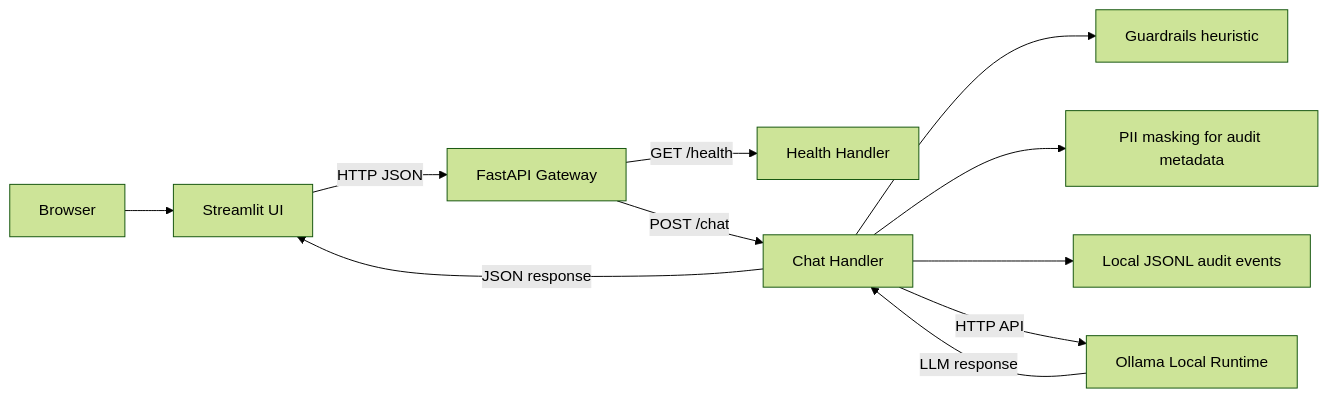
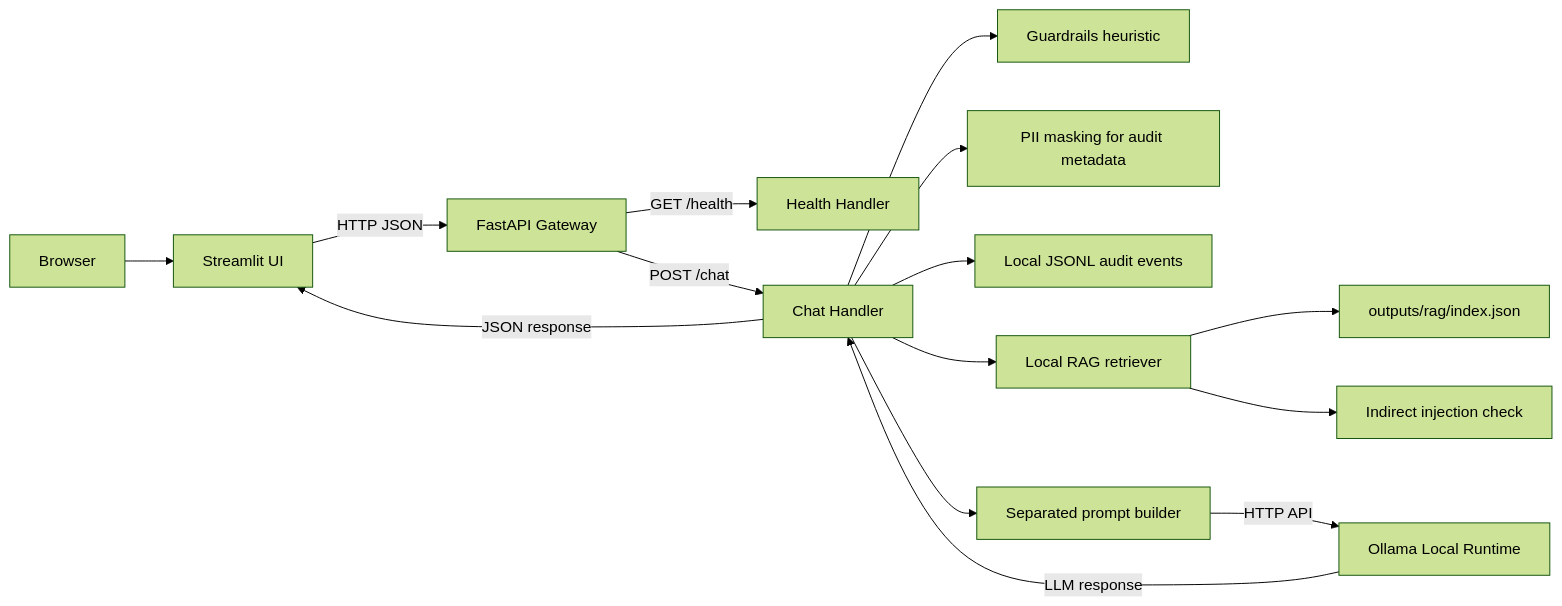
The first of 4 diagrams in docs/architecture.md (omcs-i-a/closed-llm-platform), drawn with Mermaid (forest theme) before and after one commit. The commit also changed other lines of this file and 26 other files, not shown here.

Commit message:
feat: add local RAG baseline

````diff
--- a/docs/architecture.md
+++ b/docs/architecture.md
@@ -32,13 +31,17 @@
 ```mermaid
 flowchart LR
   Browser[Browser] --> UI[Streamlit UI]
   UI -->|HTTP JSON| API[FastAPI Gateway]
   API -->|GET /health| Health[Health Handler]
   API -->|POST /chat| Chat[Chat Handler]
   Chat --> Guardrails[Guardrails heuristic]
   Chat --> Privacy[PII masking for audit metadata]
   Chat --> Audit[Local JSONL audit events]
-  Chat -->|HTTP API| Ollama[Ollama Local Runtime]
+  Chat --> Retriever[Local RAG retriever]
+  Retriever --> Index[outputs/rag/index.json]
+  Retriever --> ContextGuardrail[Indirect injection check]
+  Chat --> PromptBuilder[Separated prompt builder]
+  PromptBuilder -->|HTTP API| Ollama[Ollama Local Runtime]
   Ollama -->|LLM response| Chat
   Chat -->|JSON response| UI
 ```
````
